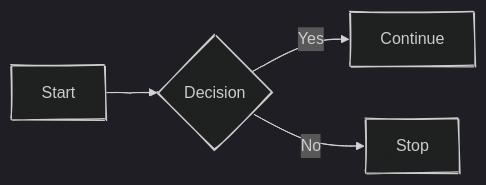
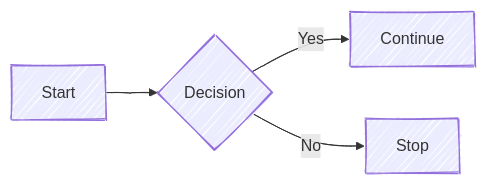
One commit to rdmsr/cppdoc changed the diagram in example/extra-pages/getting_started.md. Above: the diagram before and after it, drawn with Mermaid. The commit also changed other lines of this file and 1 other file, not shown here.

````diff
--- a/example/extra-pages/getting_started.md
+++ b/example/extra-pages/getting_started.md
@@ -8,11 +8,10 @@
 ```mermaid
 ---
 config:
   look: handDrawn
-  theme: dark 
 ---
 flowchart LR
   A[Start] --> B{Decision}
   B -->|Yes| C[Continue]
   B -->|No| D[Stop]
 ```
````
